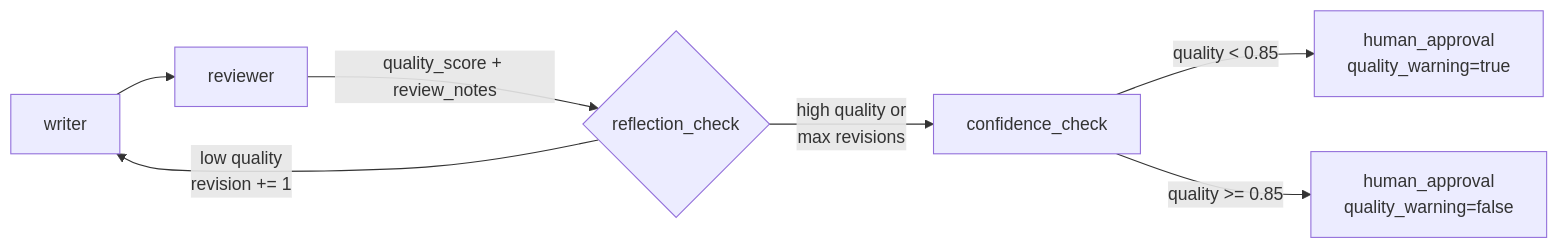
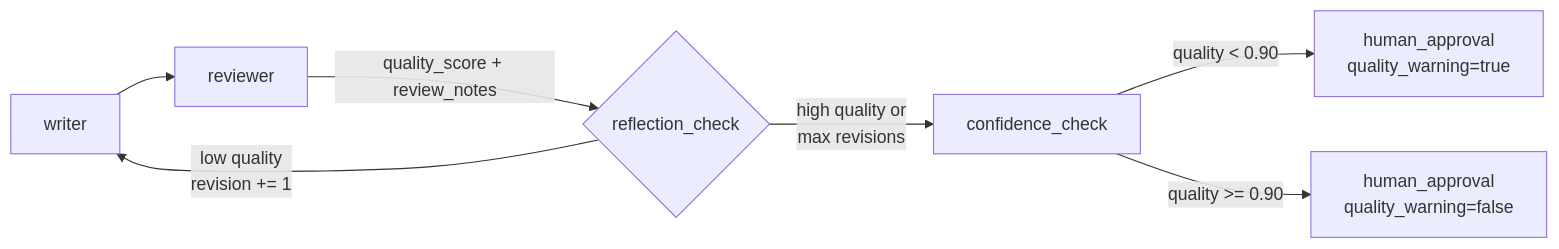
One commit to amit2440/jira-ai-agent changed the third of 3 diagrams in docs/LANGGRAPH.md. Above: the diagram before and after it, drawn with Mermaid. The commit also changed other lines of this file and 31 other files, not shown here.

Commit message:
fix: Docs & Diagrams

````diff
--- a/docs/LANGGRAPH.md
+++ b/docs/LANGGRAPH.md
@@ -92,9 +94,9 @@
 ```mermaid
 flowchart LR
     WR[writer] --> RV[reviewer]
     RV -->|"quality_score + review_notes"| RC{reflection_check}
     RC -->|"low quality\nrevision += 1"| WR
     RC -->|"high quality or\nmax revisions"| CC[confidence_check]
-    CC -->|"quality < 0.85"| HA_interrupt["human_approval\nquality_warning=true"]
-    CC -->|"quality >= 0.85"| HA_auto["human_approval\nquality_warning=false"]
+    CC -->|"quality < 0.90"| HA_interrupt["human_approval\nquality_warning=true"]
+    CC -->|"quality >= 0.90"| HA_auto["human_approval\nquality_warning=false"]
 ```
````
